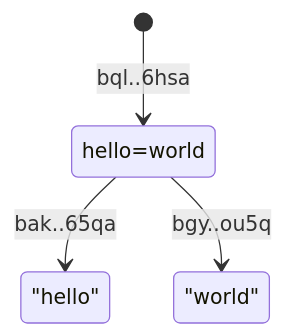
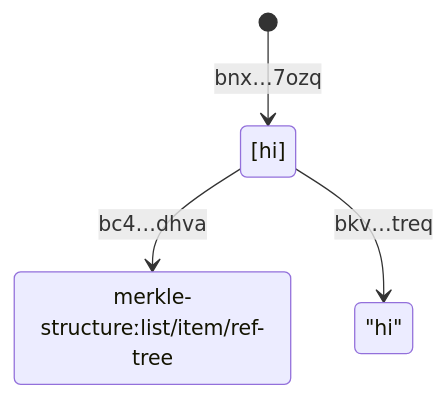
Diagram 12 of 17 in rfc/merkle-structure.md (storacha/RFC), drawn with Mermaid before and after one commit. The commit also changed other lines of this file, not shown here.

Commit message:
chore: incorporate ideas from mikeal and draws some from blake3 bao tree

````diff
--- a/rfc/merkle-structure.md
+++ b/rfc/merkle-structure.md
@@ -160,10 +263,9 @@
 ```mermaid
 stateDiagram-v2
-K: "hello"
-V: "world"
-
-A --> K: bak..65qa
-A --> V: bgy..ou5q
-A: hello=world
-[*] --> A: bql..6hsa
+bnxhvhxestniwdvllxh5cbvjphldncqmv7f7kmnsbzqjgnfel7ozq: [hi]
+[*] --> bnxhvhxestniwdvllxh5cbvjphldncqmv7f7kmnsbzqjgnfel7ozq: bnx…7ozq
+bnxhvhxestniwdvllxh5cbvjphldncqmv7f7kmnsbzqjgnfel7ozq --> bc4ajht5l245lsmtjm4coojywcwsxfuje7spocvk5mnw3snvtdhva_bnxhvhxestniwdvllxh5cbvjphldncqmv7f7kmnsbzqjgnfel7ozq: bc4…dhva
+bc4ajht5l245lsmtjm4coojywcwsxfuje7spocvk5mnw3snvtdhva_bnxhvhxestniwdvllxh5cbvjphldncqmv7f7kmnsbzqjgnfel7ozq: merkle-structureːlist/item/ref-tree
+bkvgjhk3q5m7eoi7nbdw6gmhnws23vyk2hjtvbhikpppza5zttreq: "hi"
+bnxhvhxestniwdvllxh5cbvjphldncqmv7f7kmnsbzqjgnfel7ozq --> bkvgjhk3q5m7eoi7nbdw6gmhnws23vyk2hjtvbhikpppza5zttreq: bkv…treq
 ```
````
